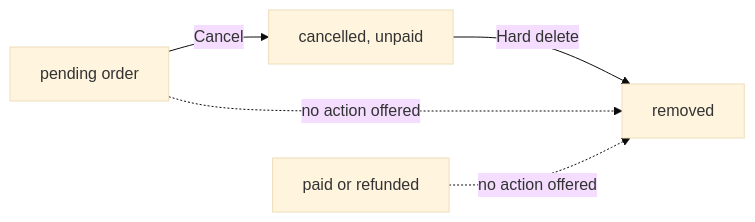
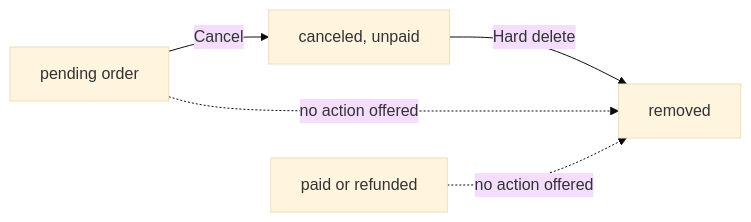
Before and after one commit to Guebbit/boilerplate-vue-frontend: the first of 2 diagrams in docs/modules/orders.md, drawn with Mermaid (base theme). The commit also changed other lines of this file and 137 other files, not shown here.

````diff
--- a/docs/modules/orders.md
+++ b/docs/modules/orders.md
@@ -92,7 +92,7 @@
 ```mermaid
 flowchart LR
-    open[pending order] -- Cancel --> cancelled[cancelled, unpaid]
-    cancelled -- Hard delete --> gone[removed]
+    open[pending order] -- Cancel --> canceled[canceled, unpaid]
+    canceled -- Hard delete --> gone[removed]
     open -. no action offered .-> gone
     paid[paid or refunded] -. no action offered .-> gone
 ```
````
